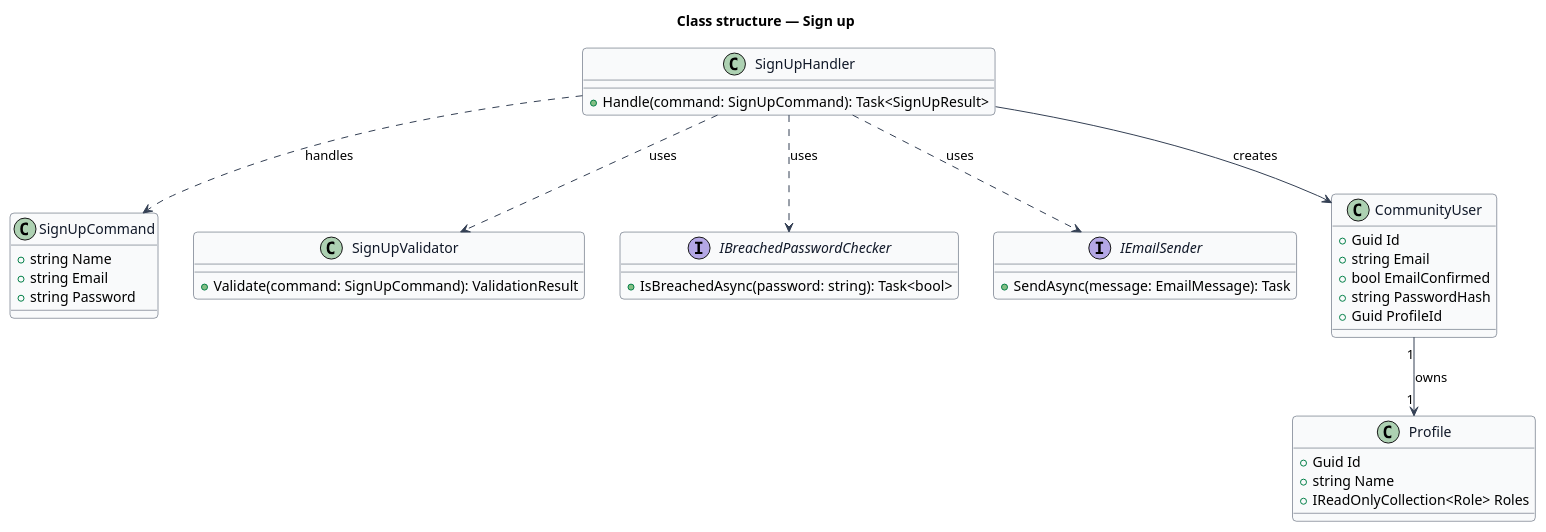
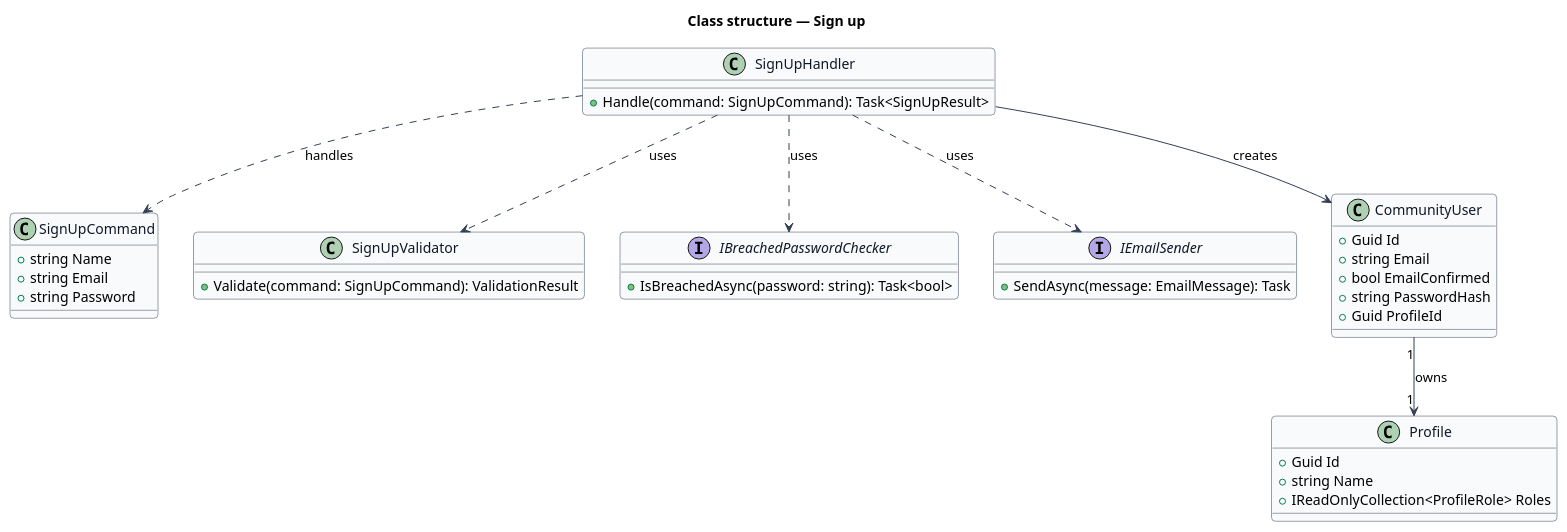
Before and after one commit to QuinntyneBrown/faithtech-community: the diagram in docs/detailed-designs/identity/sign-up/diagrams/class-structure.puml, drawn with PlantUML. The commit also changed 96 other files, not shown here.

```diff
--- a/docs/detailed-designs/identity/sign-up/diagrams/class-structure.puml
+++ b/docs/detailed-designs/identity/sign-up/diagrams/class-structure.puml
@@ -1,49 +1,49 @@
 @startuml
 skinparam backgroundColor #FFFFFF
 skinparam shadowing false
 skinparam roundcorner 8
 skinparam defaultFontName Arial
 skinparam ArrowColor #344054
 skinparam class {
   BorderColor #344054
   FontColor #101828
   BackgroundColor #F9FAFB
 }
 title Class structure — Sign up
 
 class SignUpCommand {
   +string Name
   +string Email
   +string Password
 }
 class SignUpValidator {
   +Validate(command: SignUpCommand): ValidationResult
 }
 class SignUpHandler {
   +Handle(command: SignUpCommand): Task<SignUpResult>
 }
 interface IBreachedPasswordChecker {
   +IsBreachedAsync(password: string): Task<bool>
 }
 interface IEmailSender {
   +SendAsync(message: EmailMessage): Task
 }
 class CommunityUser {
   +Guid Id
   +string Email
   +bool EmailConfirmed
   +string PasswordHash
   +Guid ProfileId
 }
 class Profile {
   +Guid Id
   +string Name
-  +IReadOnlyCollection<Role> Roles
+  +IReadOnlyCollection<ProfileRole> Roles
 }
 SignUpHandler ..> SignUpCommand : handles
 SignUpHandler ..> SignUpValidator : uses
 SignUpHandler ..> IBreachedPasswordChecker : uses
 SignUpHandler ..> IEmailSender : uses
 SignUpHandler --> CommunityUser : creates
 CommunityUser "1" --> "1" Profile : owns
 @enduml
```
